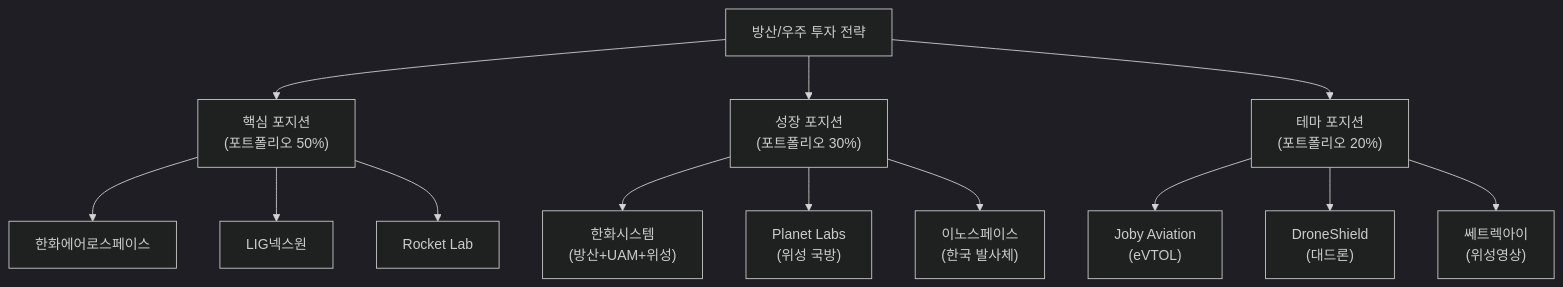
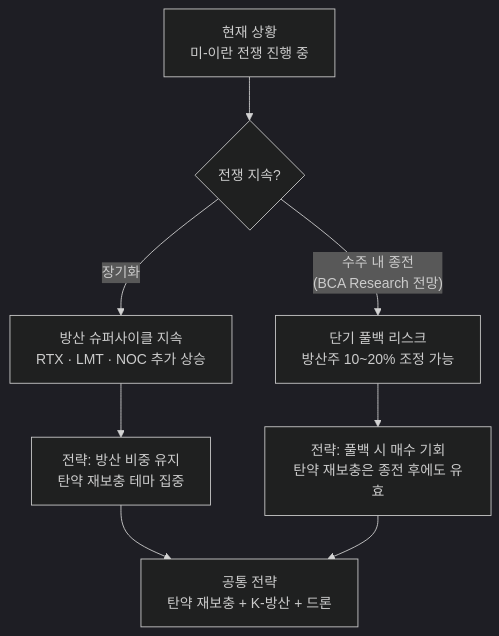
The sixth of 7 diagrams in _posts/knowledge/invest/2026-03-07-defense-space-sector-outlook-2026.md (dss99911/dss99911.github.io), drawn with Mermaid (dark theme) before and after one commit. The commit also changed other lines of this file and 4 other files, not shown here.

````diff
--- a/_posts/knowledge/invest/2026-03-07-defense-space-sector-outlook-2026.md
+++ b/_posts/knowledge/invest/2026-03-07-defense-space-sector-outlook-2026.md
@@ -210,18 +259,13 @@
 ```mermaid
 graph TD
-    A["방산/우주 투자 전략"] --> B["핵심 포지션<br/>(포트폴리오 50%)"]
-    A --> C["성장 포지션<br/>(포트폴리오 30%)"]
-    A --> D["테마 포지션<br/>(포트폴리오 20%)"]
+    A["현재 상황<br/>미-이란 전쟁 진행 중"] --> B{"전쟁 지속?"}
 
-    B --> B1["한화에어로스페이스"]
-    B --> B2["LIG넥스원"]
-    B --> B3["Rocket Lab"]
+    B -->|"장기화"| C["방산 슈퍼사이클 지속<br/>RTX · LMT · NOC 추가 상승"]
+    B -->|"수주 내 종전<br/>(BCA Research 전망)"| D["단기 풀백 리스크<br/>방산주 10~20% 조정 가능"]
 
-    C --> C1["한화시스템<br/>(방산+UAM+위성)"]
-    C --> C2["Planet Labs<br/>(위성 국방)"]
-    C --> C3["이노스페이스<br/>(한국 발사체)"]
+    C --> E["전략&colon; 방산 비중 유지<br/>탄약 재보충 테마 집중"]
+    D --> F["전략&colon; 풀백 시 매수 기회<br/>탄약 재보충은 종전 후에도 유효"]
 
-    D --> D1["Joby Aviation<br/>(eVTOL)"]
-    D --> D2["DroneShield<br/>(대드론)"]
-    D --> D3["쎄트렉아이<br/>(위성영상)"]
+    E --> G["공통 전략<br/>탄약 재보충 + K-방산 + 드론"]
+    F --> G
 ```
````
